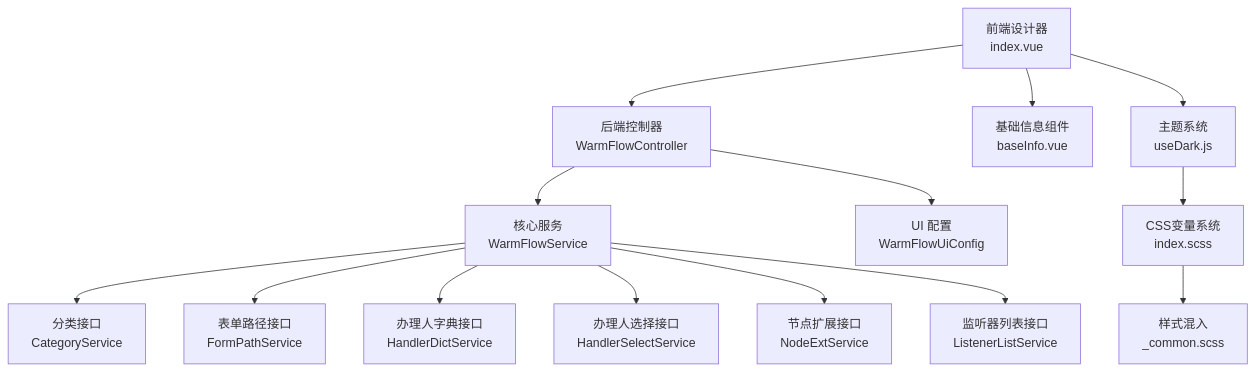
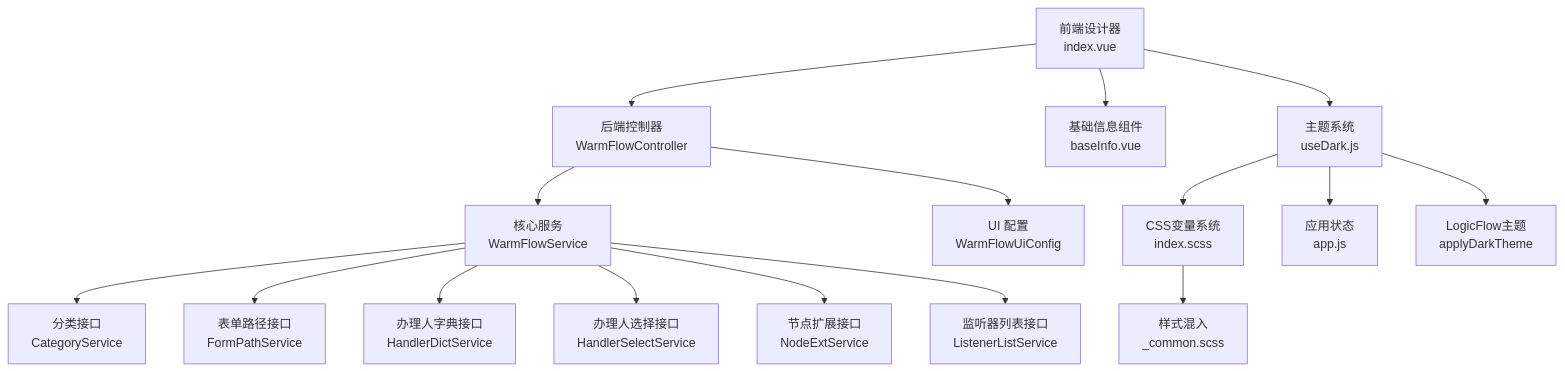
The first of 7 diagrams in .qoder/repowiki/zh/content/插件系统/UI 插件系统/UI 插件系统.md (dromara/warm-flow), drawn with Mermaid before and after one commit. The commit also changed other lines of this file and 18 other files, not shown here.

````diff
--- a/.qoder/repowiki/zh/content/插件系统/UI 插件系统/UI 插件系统.md
+++ b/.qoder/repowiki/zh/content/插件系统/UI 插件系统/UI 插件系统.md
@@ -64,16 +69,18 @@
 ```mermaid
 graph TB
 FE["前端设计器<br/>index.vue"] --> API["后端控制器<br/>WarmFlowController"]
 API --> SVC["核心服务<br/>WarmFlowService"]
 SVC --> CAT["分类接口<br/>CategoryService"]
 SVC --> FPATH["表单路径接口<br/>FormPathService"]
 SVC --> HDICT["办理人字典接口<br/>HandlerDictService"]
 SVC --> HSEL["办理人选择接口<br/>HandlerSelectService"]
 SVC --> NEXT["节点扩展接口<br/>NodeExtService"]
 SVC --> LST["监听器列表接口<br/>ListenerListService"]
 API --> UICONF["UI 配置<br/>WarmFlowUiConfig"]
 FE --> BASE["基础信息组件<br/>baseInfo.vue"]
 FE --> THEME["主题系统<br/>useDark.js"]
 THEME --> CSSVAR["CSS变量系统<br/>index.scss"]
 CSSVAR --> MIXINS["样式混入<br/>_common.scss"]
+THEME --> STORE["应用状态<br/>app.js"]
+THEME --> LF["LogicFlow主题<br/>applyDarkTheme"]
 ```
````
